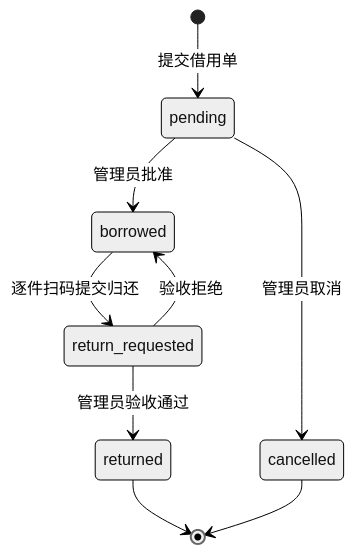
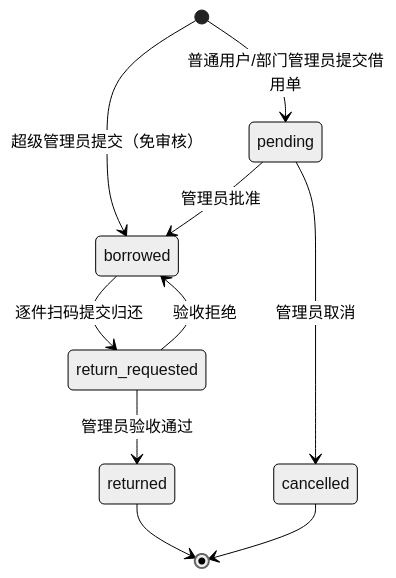
One commit to LoveZMyself11/513_warehouse_code changed the second of 2 diagrams in docs/WORKFLOWS.md. Above: the diagram before and after it, drawn with Mermaid (neutral theme). The commit also changed other lines of this file and 5 other files, not shown here.

````diff
--- a/docs/WORKFLOWS.md
+++ b/docs/WORKFLOWS.md
@@ -72,11 +72,12 @@
 ```mermaid
 stateDiagram-v2
-    [*] --> pending: 提交借用单
+    [*] --> pending: 普通用户/部门管理员提交借用单
+    [*] --> borrowed: 超级管理员提交（免审核）
     pending --> borrowed: 管理员批准
     pending --> cancelled: 管理员取消
     borrowed --> return_requested: 逐件扫码提交归还
     return_requested --> returned: 管理员验收通过
     return_requested --> borrowed: 验收拒绝
     returned --> [*]
     cancelled --> [*]
 ```
````
